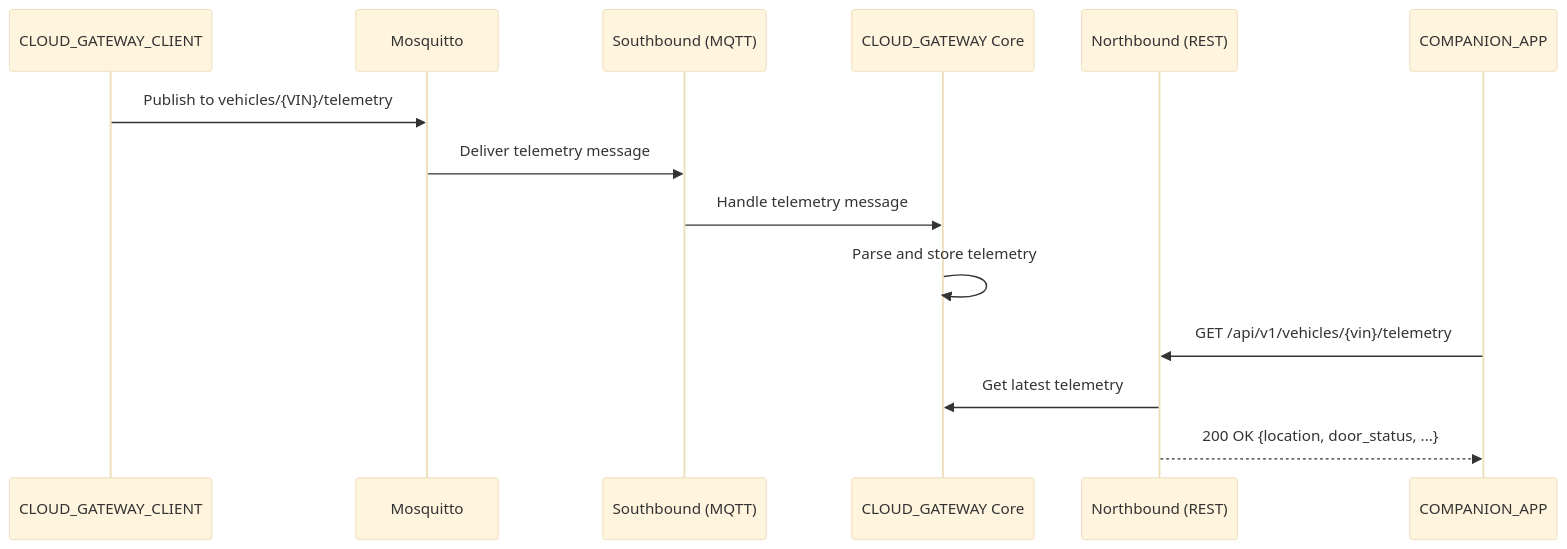
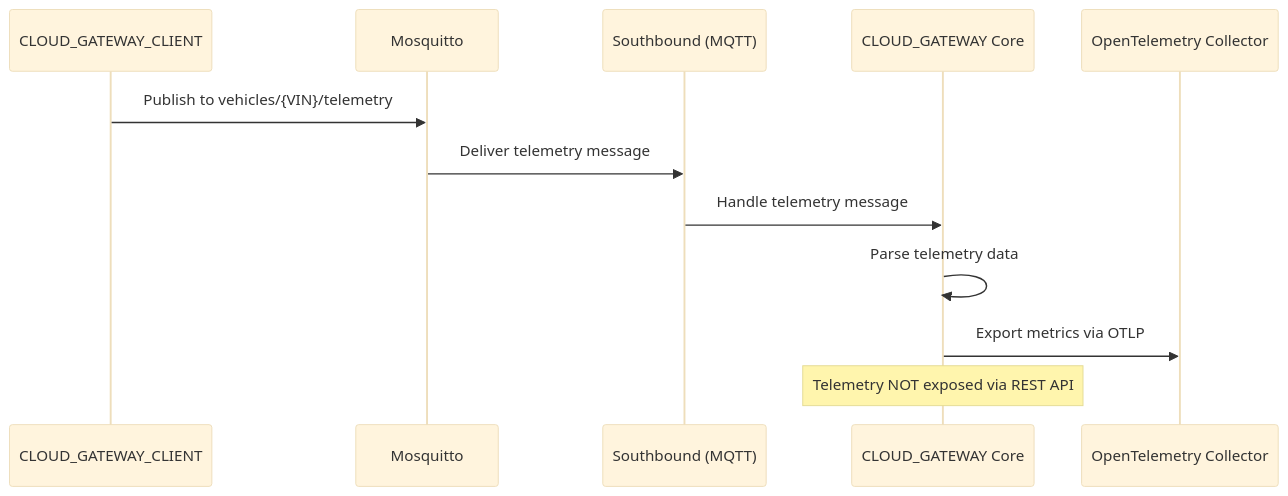
Before and after one commit to rhadp/parking-fee-service: the fifth of 5 diagrams in .kiro/specs/cloud-gateway/design.md, drawn with Mermaid (base theme). The commit also changed other lines of this file and 2 other files, not shown here.

Commit message:
added OTel

````diff
--- a/.kiro/specs/cloud-gateway/design.md
+++ b/.kiro/specs/cloud-gateway/design.md
@@ -164,18 +172,16 @@
 ```mermaid
 sequenceDiagram
     participant CGC as CLOUD_GATEWAY_CLIENT
     participant MQ as Mosquitto
     participant SB as Southbound (MQTT)
     participant CG as CLOUD_GATEWAY Core
-    participant NB as Northbound (REST)
-    participant CA as COMPANION_APP
+    participant OTEL as OpenTelemetry Collector
     
     CGC->>MQ: Publish to vehicles/{VIN}/telemetry
     MQ->>SB: Deliver telemetry message
     SB->>CG: Handle telemetry message
-    CG->>CG: Parse and store telemetry
+    CG->>CG: Parse telemetry data
+    CG->>OTEL: Export metrics via OTLP
     
-    CA->>NB: GET /api/v1/vehicles/{vin}/telemetry
-    NB->>CG: Get latest telemetry
-    NB-->>CA: 200 OK {location, door_status, ...}
+    Note over CG: Telemetry NOT exposed via REST API
 ```
````
